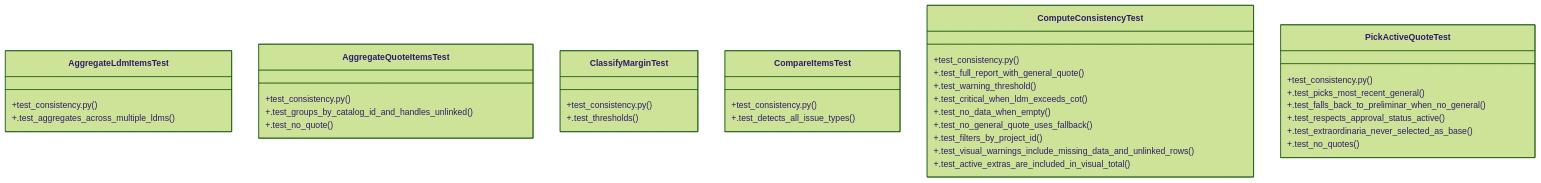
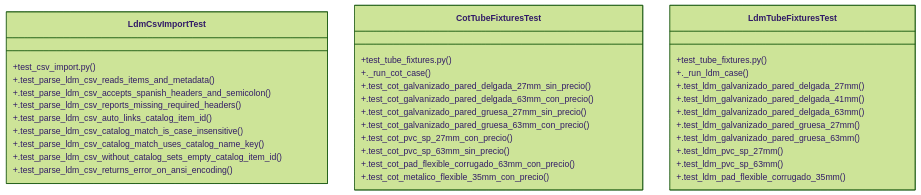
One commit to Daftrick/ProjectTracker changed the diagram in graphify-out/wiki/Community_8.md. Above: the diagram before and after it, drawn with Mermaid (forest theme). The commit also changed other lines of this file and 544 other files, not shown here.

````diff
--- a/graphify-out/wiki/Community_8.md
+++ b/graphify-out/wiki/Community_8.md
@@ -36,39 +36,38 @@
 ```mermaid
 classDiagram
-    class AggregateLdmItemsTest {
-        +test_consistency.py()
-        +.test_aggregates_across_multiple_ldms()
+    class LdmCsvImportTest {
+        +test_csv_import.py()
+        +.test_parse_ldm_csv_reads_items_and_metadata()
+        +.test_parse_ldm_csv_accepts_spanish_headers_and_semicolon()
+        +.test_parse_ldm_csv_reports_missing_required_headers()
+        +.test_parse_ldm_csv_auto_links_catalog_item_id()
+        +.test_parse_ldm_csv_catalog_match_is_case_insensitive()
+        +.test_parse_ldm_csv_catalog_match_uses_catalog_name_key()
+        +.test_parse_ldm_csv_without_catalog_sets_empty_catalog_item_id()
+        +.test_parse_ldm_csv_returns_error_on_ansi_encoding()
     }
-    class AggregateQuoteItemsTest {
-        +test_consistency.py()
-        +.test_groups_by_catalog_id_and_handles_unlinked()
-        +.test_no_quote()
+    class CotTubeFixturesTest {
+        +test_tube_fixtures.py()
+        +._run_cot_case()
+        +.test_cot_galvanizado_pared_delgada_27mm_sin_precio()
+        +.test_cot_galvanizado_pared_delgada_63mm_con_precio()
+        +.test_cot_galvanizado_pared_gruesa_27mm_sin_precio()
+        +.test_cot_galvanizado_pared_gruesa_63mm_con_precio()
+        +.test_cot_pvc_sp_27mm_con_precio()
+        +.test_cot_pvc_sp_63mm_sin_precio()
+        +.test_cot_pad_flexible_corrugado_63mm_con_precio()
+        +.test_cot_metalico_flexible_35mm_con_precio()
     }
-    class ClassifyMarginTest {
-        +test_consistency.py()
-        +.test_thresholds()
-    }
-    class CompareItemsTest {
-        +test_consistency.py()
-        +.test_detects_all_issue_types()
-    }
-    class ComputeConsistencyTest {
-        +test_consistency.py()
-        +.test_full_report_with_general_quote()
-        +.test_warning_threshold()
-        +.test_critical_when_ldm_exceeds_cot()
-        +.test_no_data_when_empty()
-        +.test_no_general_quote_uses_fallback()
-        +.test_filters_by_project_id()
-        +.test_visual_warnings_include_missing_data_and_unlinked_rows()
-        +.test_active_extras_are_included_in_visual_total()
-    }
-    class PickActiveQuoteTest {
-        +test_consistency.py()
-        +.test_picks_most_recent_general()
-        +.test_falls_back_to_preliminar_when_no_general()
-        +.test_respects_approval_status_active()
-        +.test_extraordinaria_never_selected_as_base()
-        +.test_no_quotes()
+    class LdmTubeFixturesTest {
+        +test_tube_fixtures.py()
+        +._run_ldm_case()
+        +.test_ldm_galvanizado_pared_delgada_27mm()
+        +.test_ldm_galvanizado_pared_delgada_41mm()
+        +.test_ldm_galvanizado_pared_delgada_63mm()
+        +.test_ldm_galvanizado_pared_gruesa_27mm()
+        +.test_ldm_galvanizado_pared_gruesa_63mm()
+        +.test_ldm_pvc_sp_27mm()
+        +.test_ldm_pvc_sp_63mm()
+        +.test_ldm_pad_flexible_corrugado_35mm()
     }
 ```
````
